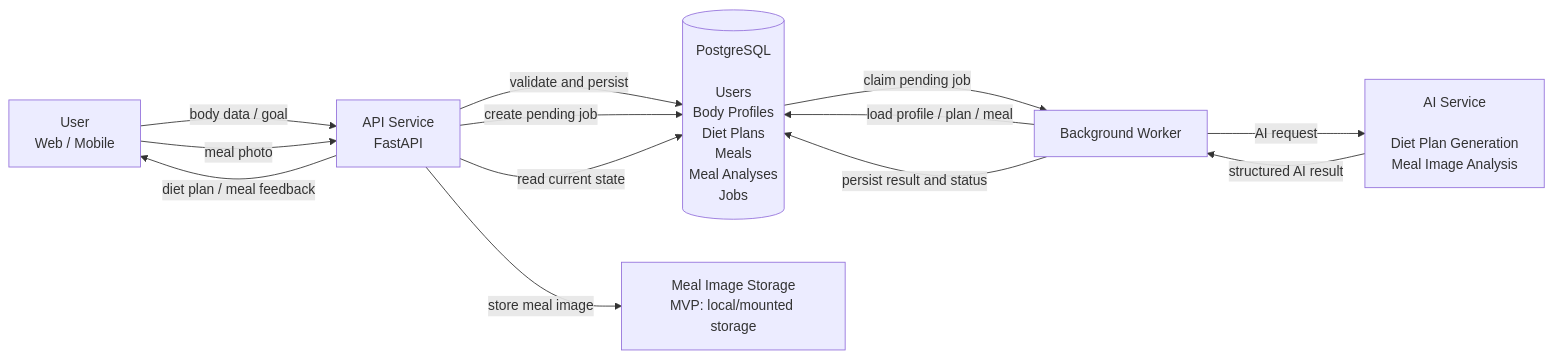
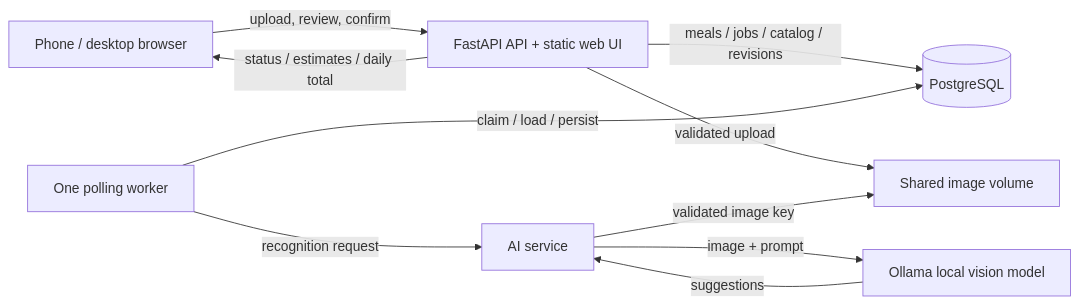
Before and after one commit to BoxiangZ/NourishLoop: the first of 2 diagrams in docs/architecture.md, drawn with Mermaid. The commit also changed other lines of this file and 4 other files, not shown here.

````diff
--- a/docs/architecture.md
+++ b/docs/architecture.md
@@ -128,31 +51,12 @@
 ```mermaid
 flowchart LR
-    U[User<br/>Web / Mobile]
-
-    API[API Service<br/>FastAPI]
-
-    DB[(PostgreSQL<br/><br/>Users<br/>Body Profiles<br/>Diet Plans<br/>Meals<br/>Meal Analyses<br/>Jobs)]
-
-    W[Background Worker]
-
-    AI[AI Service<br/><br/>Diet Plan Generation<br/>Meal Image Analysis]
-
-    IMG[Meal Image Storage<br/>MVP: local/mounted storage]
-
-    U -->|body data / goal| API
-    U -->|meal photo| API
-
-    API -->|validate and persist| DB
-    API -->|store meal image| IMG
-    API -->|create pending job| DB
-
-    DB -->|claim pending job| W
-    W -->|load profile / plan / meal| DB
-    W -->|AI request| AI
-    AI -->|structured AI result| W
-
-    W -->|persist result and status| DB
-
-    API -->|read current state| DB
-    API -->|diet plan / meal feedback| U
+    U[Phone / desktop browser] -->|upload, review, confirm| API[FastAPI API + static web UI]
+    API -->|meals / jobs / catalog / revisions| DB[(PostgreSQL)]
+    API -->|validated upload| IMG[Shared image volume]
+    W[One polling worker] -->|claim / load / persist| DB
+    W -->|recognition request| AI[AI service]
+    AI -->|validated image key| IMG
+    AI -->|image + prompt| V[Ollama local vision model]
+    V -->|suggestions| AI
+    API -->|status / estimates / daily total| U
 ```
````
